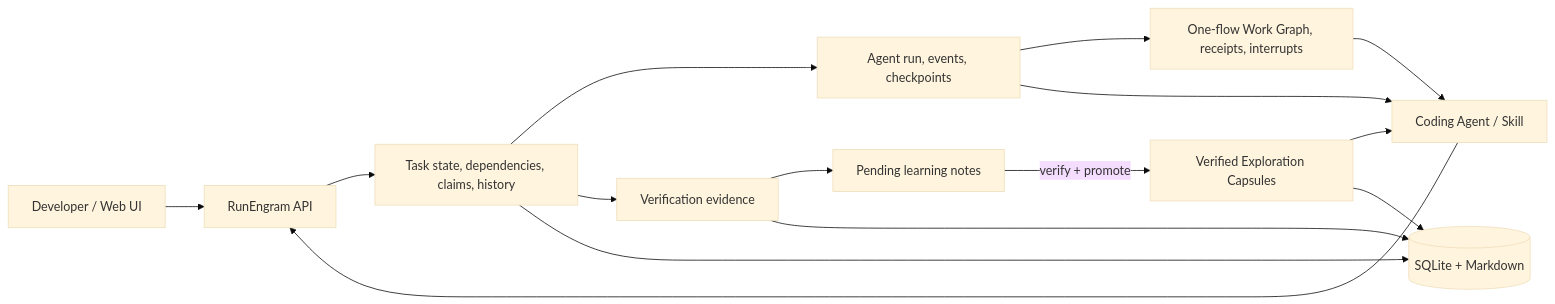
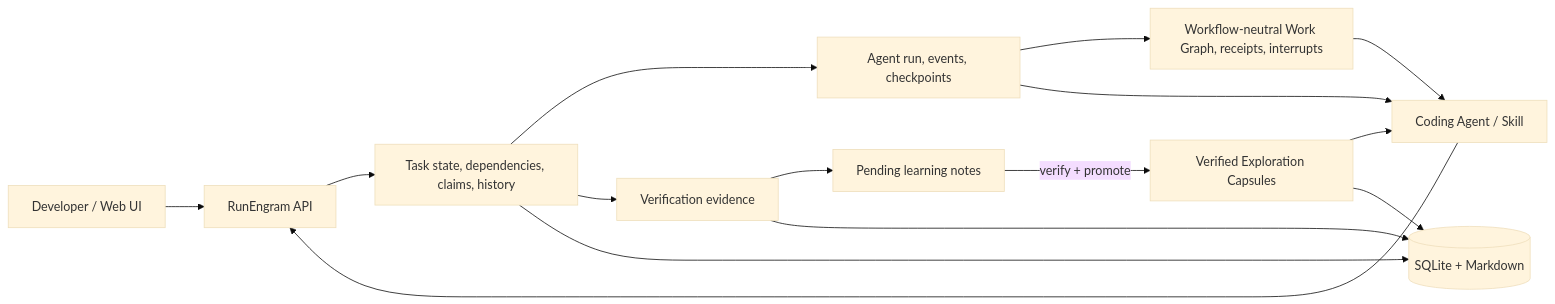
One commit to MoonTseng/RunEngram changed the third of 3 diagrams in README.md. Above: the diagram before and after it, drawn with Mermaid (base theme). The commit also changed other lines of this file and 40 other files, not shown here.

Commit message:
feat: make work graphs workflow-neutral

````diff
--- a/README.md
+++ b/README.md
@@ -375,28 +387,28 @@
 ```mermaid
 flowchart LR
     Human["Developer / Web UI"]
     Agent["Coding Agent / Skill"]
     API["RunEngram API"]
     Task["Task state, dependencies, claims, history"]
     Run["Agent run, events, checkpoints"]
-    Graph["One-flow Work Graph, receipts, interrupts"]
+    Graph["Workflow-neutral Work Graph, receipts, interrupts"]
     Evidence["Verification evidence"]
     Candidate["Pending learning notes"]
     Learning["Verified Exploration Capsules"]
     Store[("SQLite + Markdown")]
 
     Human --> API
     Agent --> API
     API --> Task
     Task --> Run
     Run --> Graph
     Graph --> Agent
     Run --> Agent
     Task --> Evidence
     Evidence --> Candidate
     Candidate -->|"verify + promote"| Learning
     Learning --> Agent
     Task --> Store
     Evidence --> Store
     Learning --> Store
 ```
````
